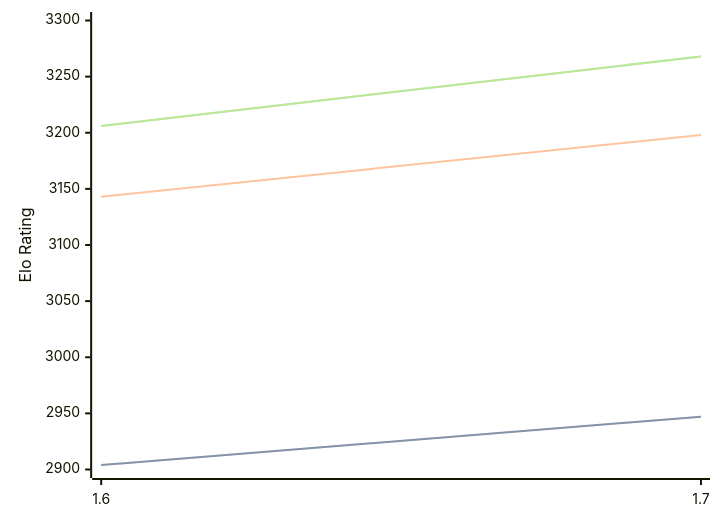
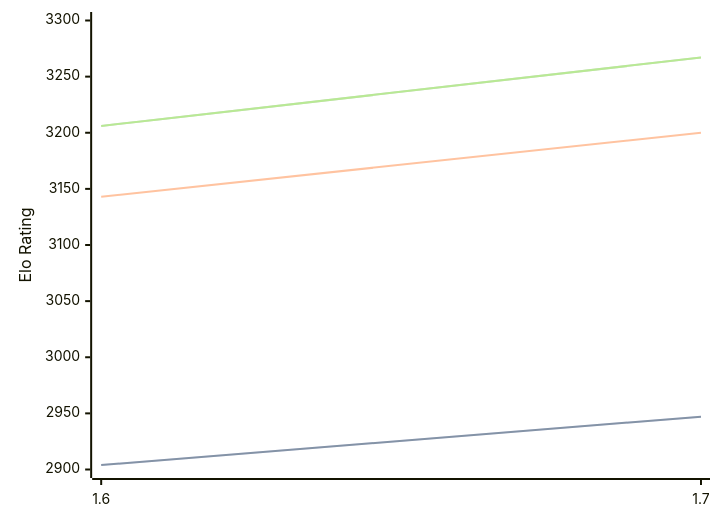
Before and after one commit to computer-chess-index/cci: the diagram in engines/Bitbit.md, drawn with Mermaid. The commit also changed other lines of this file, not shown here.

Commit message:
Update CCI Ratings (ELO VLTC) - 2026-08-31

````diff
--- a/engines/Bitbit.md
+++ b/engines/Bitbit.md
@@ -32,11 +32,11 @@
 ```mermaid
 %%{init: {"theme":"base","themeVariables":{"seriesColors:['#a3a3a3','#222221','#faa371']}}}%%
 xychart-beta
   x-axis ["1.6", "1.7"]
   y-axis "Elo Rating" 2900 --> 3300
   line "" [2904, 2947]
   line "STC (8.0+0.08s)" [2904, 2947]
-  line "LTC (60.0+0.60s)" [3143, 3198]
-  line "" [3206, 3268]
-  line "VLTC (2m24s+1.12s)" [3206, 3268]
+  line "LTC (60.0+0.60s)" [3143, 3200]
+  line "" [3206, 3267]
+  line "VLTC (2m24s+1.12s)" [3206, 3267]
 ```
````
